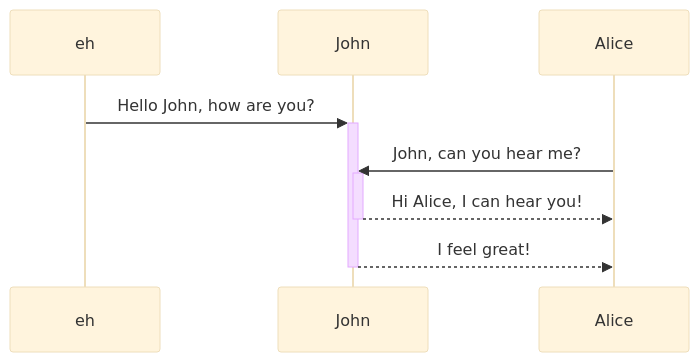
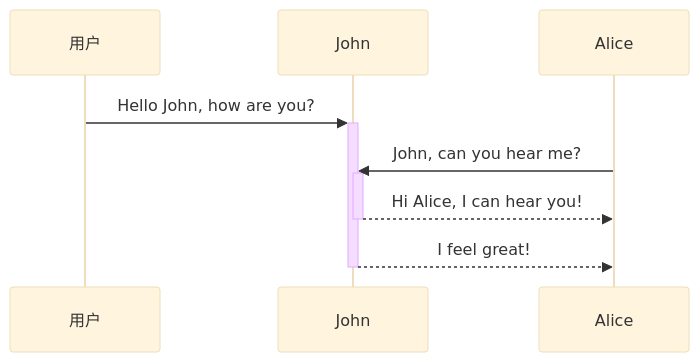
Before and after one commit to fifuntop/iodraw-files: the diagram in all/居民端时序图.md, drawn with Mermaid (base theme).

Commit message:
2024-03-14 14:37:58 update

````diff
--- a/all/居民端时序图.md
+++ b/all/居民端时序图.md
@@ -1,8 +1,8 @@
 ```mermaid
 sequenceDiagram
-    eh->>+John: Hello John, how are you?
+    用户->>+John: Hello John, how are you?
     Alice->>+John: John, can you hear me?
     John-->>-Alice: Hi Alice, I can hear you!
     John-->>-Alice: I feel great!
             
 ```
````
